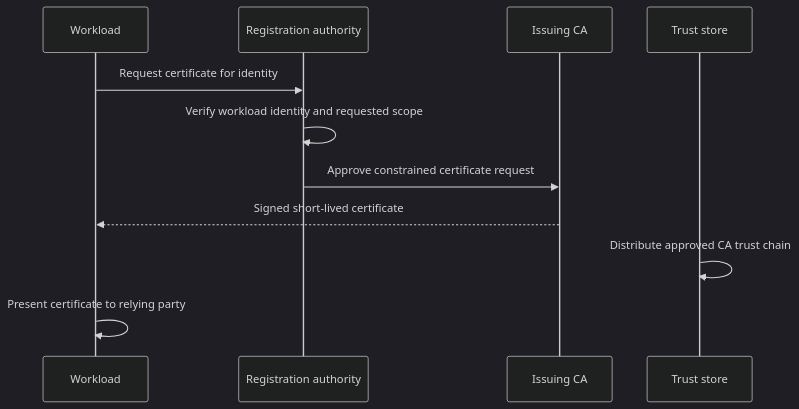
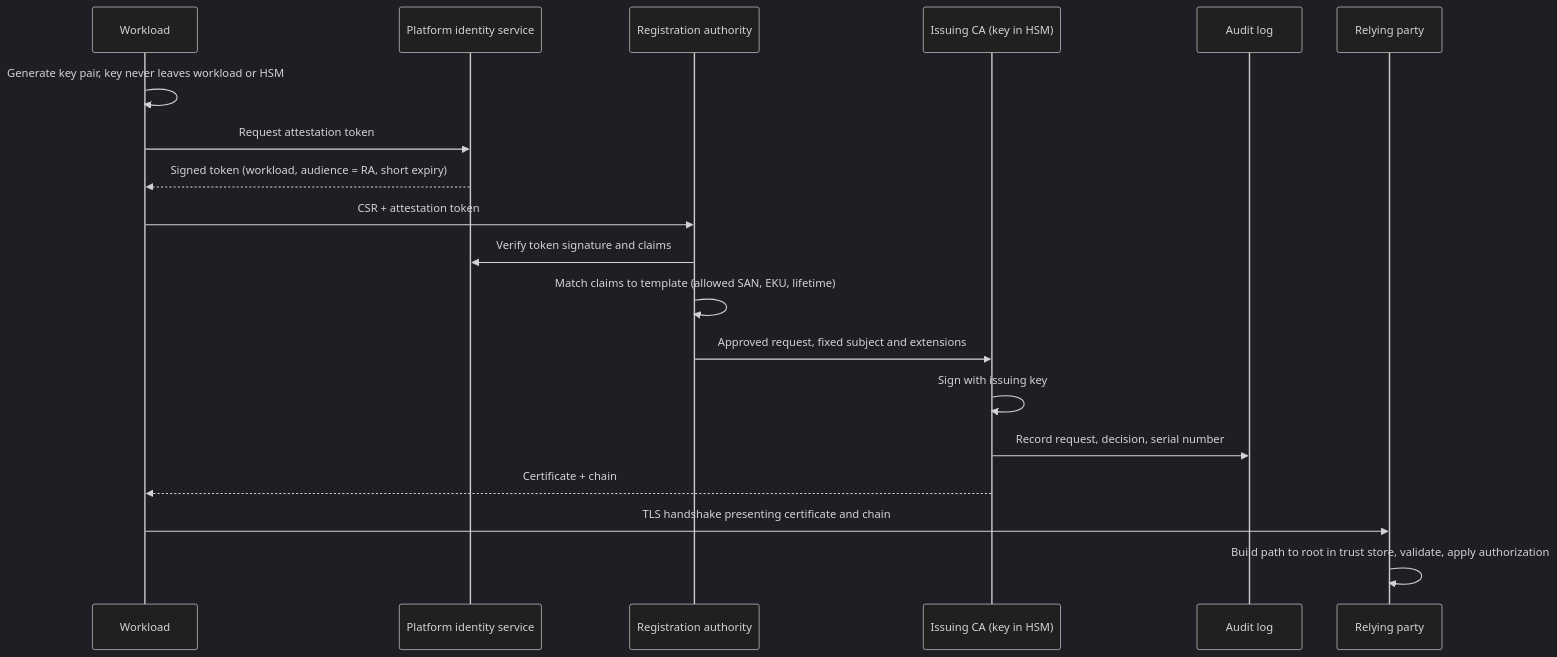
The third of 9 diagrams in 15_Security/CH11_PKI.md (joydasss/Architect), drawn with Mermaid (dark theme) before and after one commit. The commit also changed other lines of this file and 295 other files, not shown here.

````diff
--- a/15_Security/CH11_PKI.md
+++ b/15_Security/CH11_PKI.md
@@ -29,13 +271,21 @@
 ```mermaid
 sequenceDiagram
-    participant Workload
+    participant W as Workload
+    participant P as Platform identity service
     participant RA as Registration authority
-    participant CA as Issuing CA
-    participant Store as Trust store
-    Workload->>RA: Request certificate for identity
-    RA->>RA: Verify workload identity and requested scope
-    RA->>CA: Approve constrained certificate request
-    CA-->>Workload: Signed short-lived certificate
-    Store->>Store: Distribute approved CA trust chain
-    Workload->>Workload: Present certificate to relying party
+    participant CA as Issuing CA (key in HSM)
+    participant L as Audit log
+    participant R as Relying party
+    W->>W: Generate key pair, key never leaves workload or HSM
+    W->>P: Request attestation token
+    P-->>W: Signed token (workload, audience = RA, short expiry)
+    W->>RA: CSR + attestation token
+    RA->>P: Verify token signature and claims
+    RA->>RA: Match claims to template (allowed SAN, EKU, lifetime)
+    RA->>CA: Approved request, fixed subject and extensions
+    CA->>CA: Sign with issuing key
+    CA->>L: Record request, decision, serial number
+    CA-->>W: Certificate + chain
+    W->>R: TLS handshake presenting certificate and chain
+    R->>R: Build path to root in trust store, validate, apply authorization
 ```
````
